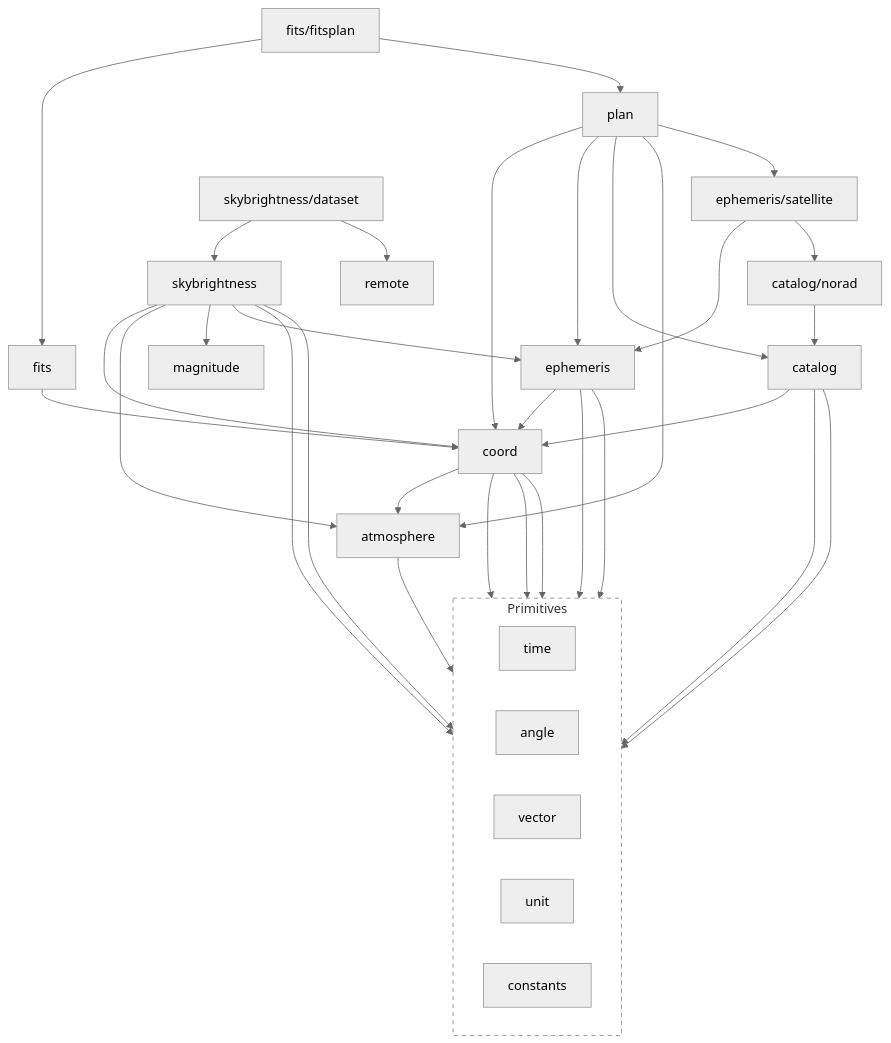
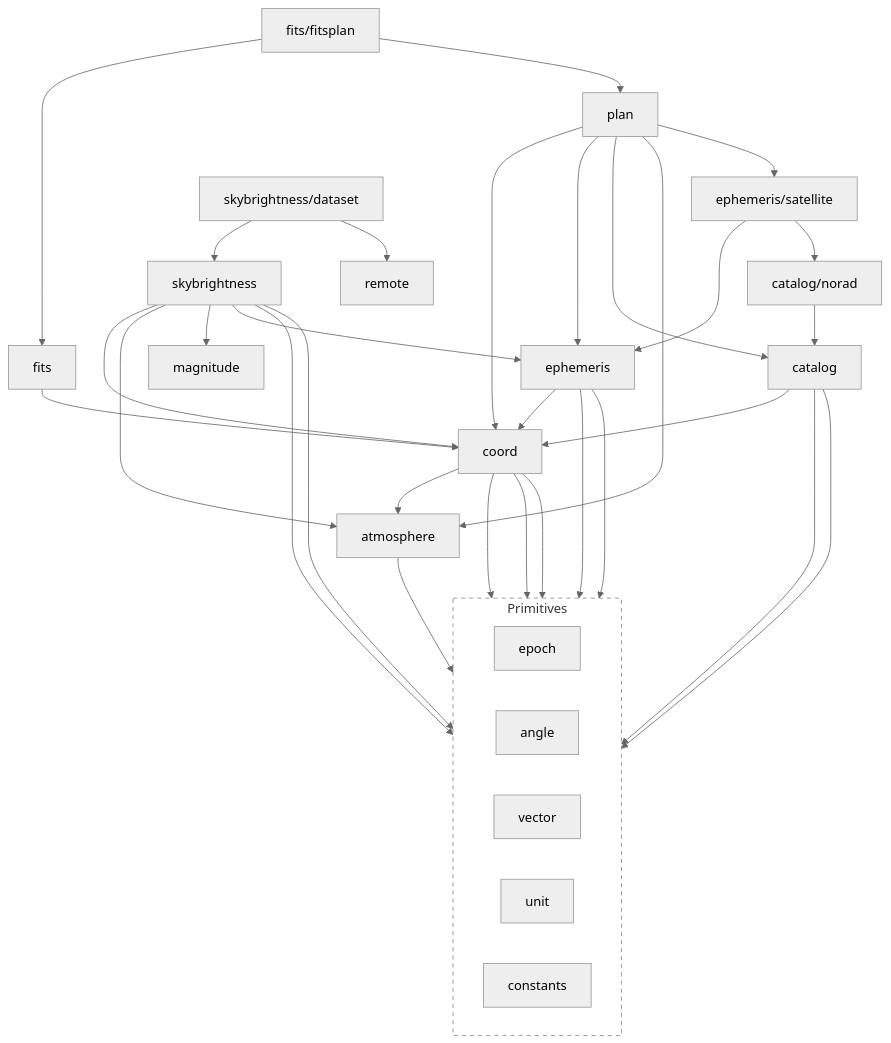
Before and after one commit to TuSKan/astrogo: the diagram in README.md, drawn with Mermaid (neutral theme).

Commit message:
README: the architecture graph's primitive is epoch
The Mermaid flowchart still drew a time node, and catalog, ephemeris and coord depending on it.

````diff
--- a/README.md
+++ b/README.md
@@ -352,68 +352,68 @@
 ```mermaid
 flowchart TD
     %% High-level Orchestration
     plan[plan]
     catalog[catalog]
     fitsplan["fits/fitsplan"]
 
     %% Scientific Engines
     ephemeris[ephemeris]
     coord[coord]
     atmosphere[atmosphere]
     fits[fits]
     skybrightness[skybrightness]
 
     %% Data Providers
 
     %% Primitive Foundation
     subgraph Primitives
         direction LR
-        time[time]
+        epoch[epoch]
         angle[angle]
         vector[vector]
         unit[unit]
         constants[constants]
     end
 
     %% Dependency mappings (Top-Down: A imports B)
     plan --> coord
     plan --> ephemeris
     plan --> catalog
     plan --> atmosphere
 
     fitsplan --> fits
     fitsplan --> plan
 
     catalog --> coord
-    catalog --> time
+    catalog --> epoch
     catalog --> angle
 
     fits --> coord
 
-    ephemeris --> time
+    ephemeris --> epoch
     ephemeris --> vector
     ephemeris --> coord
     satellite["ephemeris/satellite"] --> ephemeris
     satellite --> norad
     norad["catalog/norad"] --> catalog
     plan --> satellite
 
     skybrightness --> angle
     skybrightness --> unit
     skybrightness --> coord
     skybrightness --> atmosphere
     skybrightness --> magnitude
     skybrightness --> ephemeris
 
     sbdata["skybrightness/dataset"] --> skybrightness
     sbdata --> remote
 
     coord --> atmosphere
-    coord --> time
+    coord --> epoch
     coord --> vector
     coord --> angle
 
     atmosphere --> angle
 
     style Primitives fill:transparent,stroke:#888,stroke-dasharray: 5 5
 ```
````
